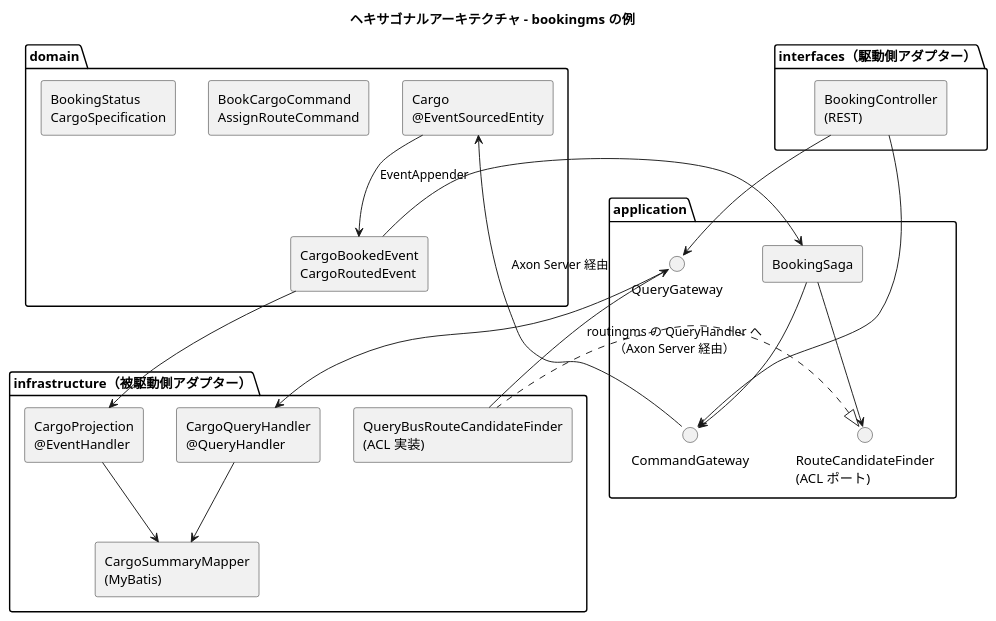
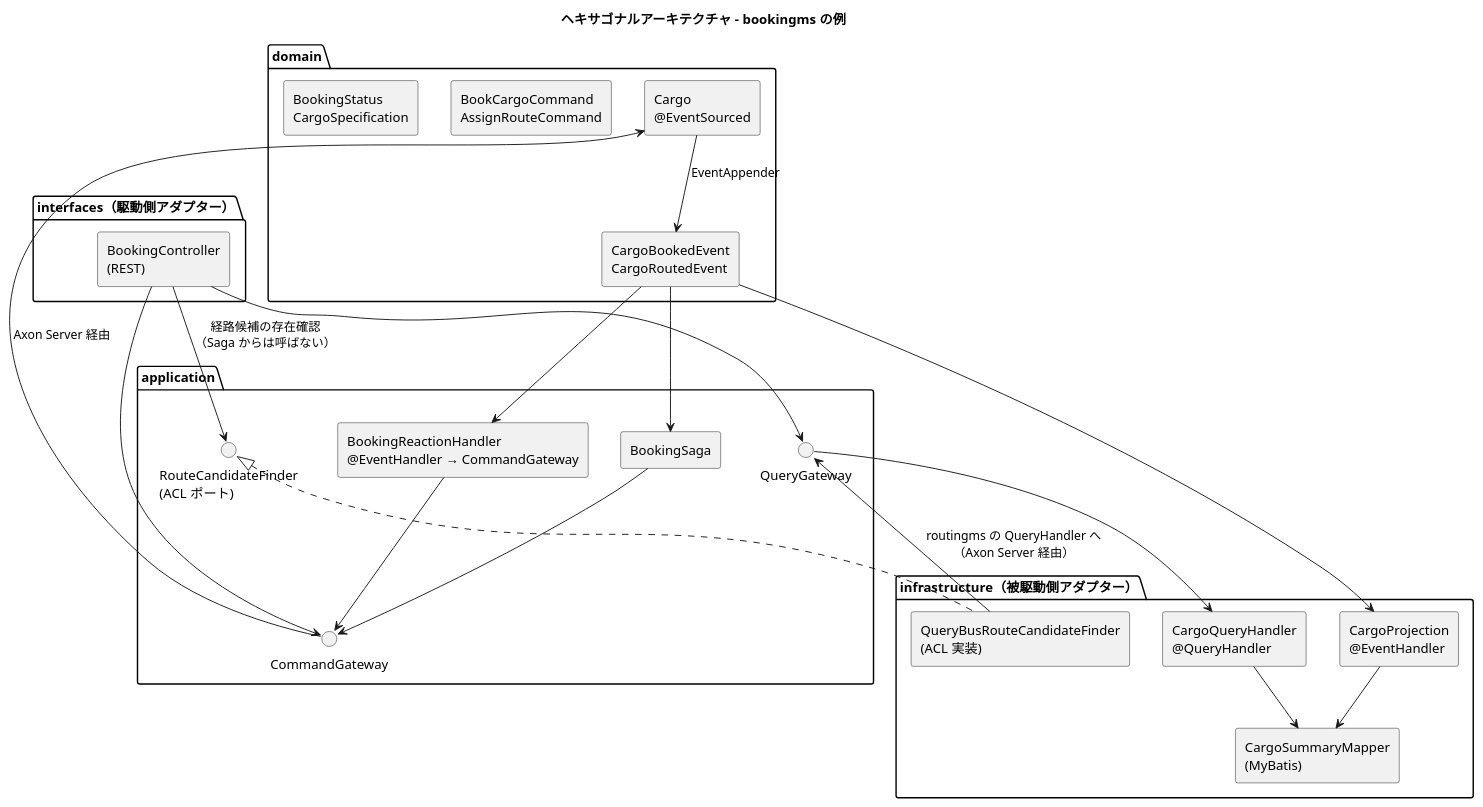
Before and after one commit to k2works/case-study-cargo-tracker: the third of 5 diagrams in docs/design/cargo-tracker/architecture_backend.md, drawn with PlantUML. The commit also changed other lines of this file and 18 other files, not shown here.

````diff
--- a/docs/design/cargo-tracker/architecture_backend.md
+++ b/docs/design/cargo-tracker/architecture_backend.md
@@ -248,46 +254,49 @@
 ```plantuml
 @startuml
 title ヘキサゴナルアーキテクチャ - bookingms の例
 
 skinparam componentStyle rectangle
 
 package "interfaces（駆動側アダプター）" {
   [BookingController\n(REST)] as api
 }
 
 package "application" {
   interface "CommandGateway" as cgw
   interface "QueryGateway" as qgw
   [BookingSaga] as saga
+  [BookingReactionHandler\n@EventHandler → CommandGateway] as reaction
   interface "RouteCandidateFinder\n(ACL ポート)" as aclport
 }
 
 package "domain" {
-  [Cargo\n@EventSourcedEntity] as cargo
+  [Cargo\n@EventSourced] as cargo
   [BookCargoCommand\nAssignRouteCommand] as cmd
   [CargoBookedEvent\nCargoRoutedEvent] as evt
   [BookingStatus\nCargoSpecification] as vo
 }
 
 package "infrastructure（被駆動側アダプター）" {
   [CargoProjection\n@EventHandler] as proj
   [CargoSummaryMapper\n(MyBatis)] as mapper
   [CargoQueryHandler\n@QueryHandler] as qh
   [QueryBusRouteCandidateFinder\n(ACL 実装)] as aclimpl
 }
 
 api --> cgw
 api --> qgw
 cgw --> cargo : Axon Server 経由
 cargo --> evt : EventAppender
 evt --> proj
 evt --> saga
+evt --> reaction
 saga --> cgw
+reaction --> cgw
 proj --> mapper
 qgw --> qh
 qh --> mapper
-saga --> aclport
+api --> aclport : 経路候補の存在確認\n（Saga からは呼ばない）
 aclport <|.. aclimpl
 aclimpl --> qgw : routingms の QueryHandler へ\n（Axon Server 経由）
 @enduml
 ```
````
